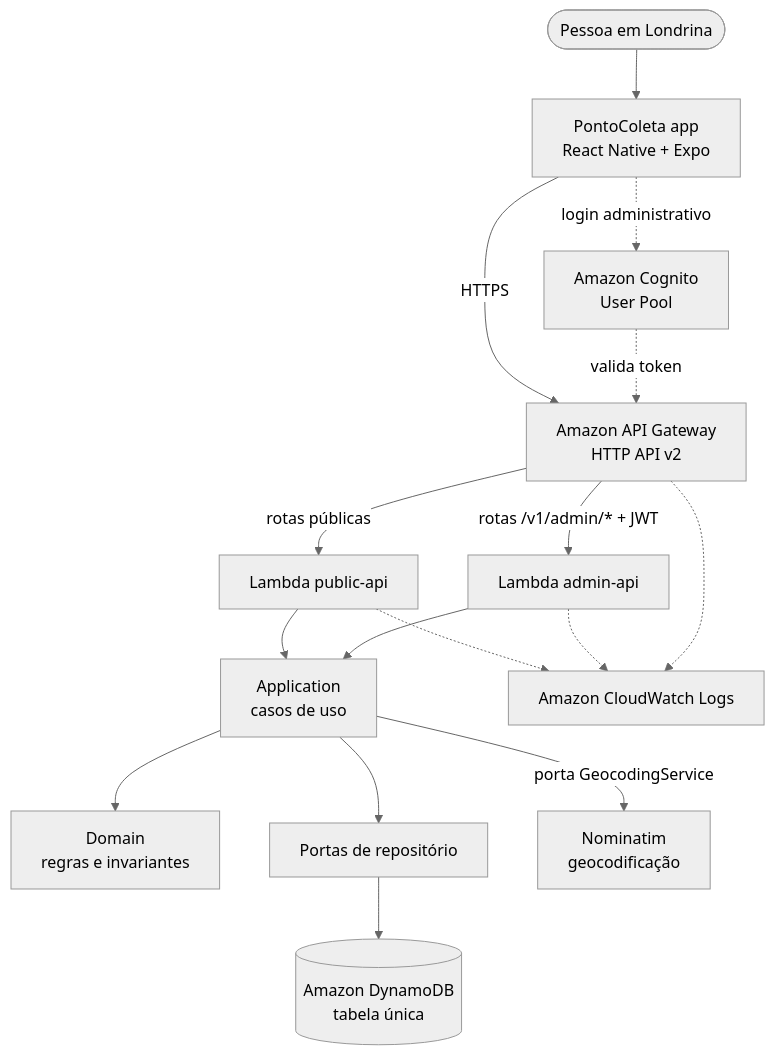
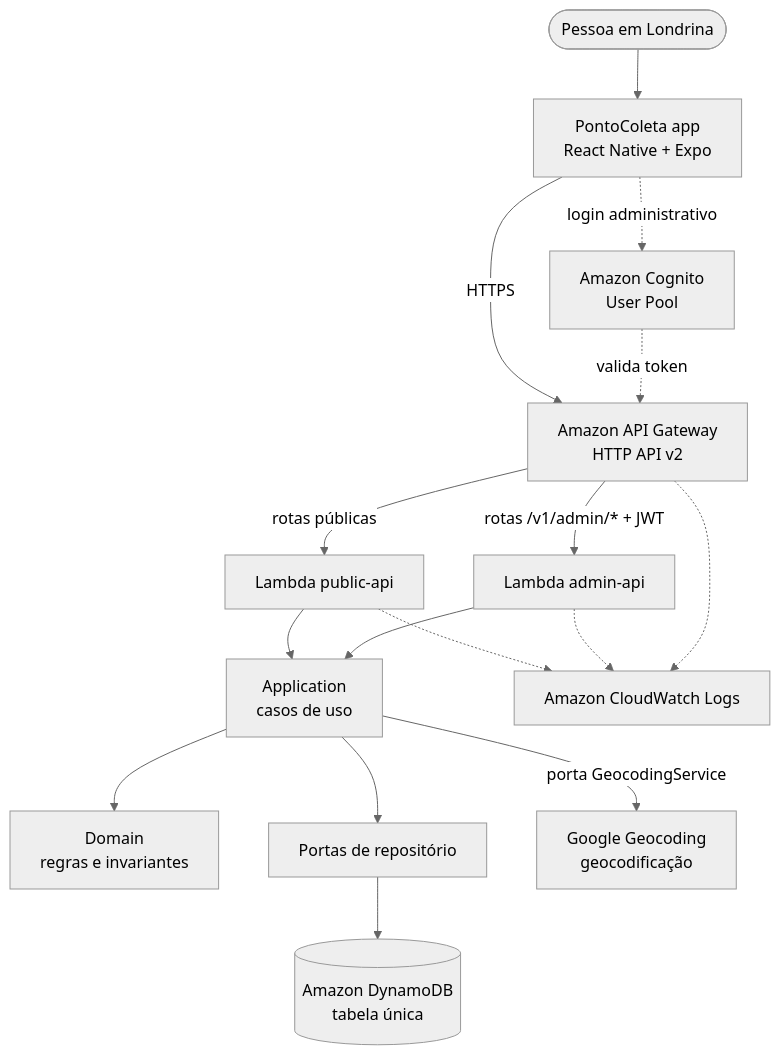
Before and after one commit to Sagan42/PontoColetaApp: the first of 4 diagrams in docs/architecture.md, drawn with Mermaid (neutral theme). The commit also changed other lines of this file and 13 other files, not shown here.

````diff
--- a/docs/architecture.md
+++ b/docs/architecture.md
@@ -7,31 +7,31 @@
 ```mermaid
 flowchart TD
     U([Pessoa em Londrina])
     A["PontoColeta app<br/>React Native + Expo"]
     G["Amazon API Gateway<br/>HTTP API v2"]
     C["Amazon Cognito<br/>User Pool"]
     LP["Lambda public-api"]
     LA["Lambda admin-api"]
     APP["Application<br/>casos de uso"]
     DOM["Domain<br/>regras e invariantes"]
     REPO["Portas de repositório"]
     DB[("Amazon DynamoDB<br/>tabela única")]
-    GEO["Nominatim<br/>geocodificação"]
+    GEO["Google Geocoding<br/>geocodificação"]
     CW["Amazon CloudWatch Logs"]
 
     U --> A
     A -->|"HTTPS"| G
     A -.->|"login administrativo"| C
     G -->|"rotas públicas"| LP
     G -->|"rotas /v1/admin/* + JWT"| LA
     C -.->|"valida token"| G
     LP --> APP
     LA --> APP
     APP --> DOM
     APP --> REPO
     REPO --> DB
     APP -->|"porta GeocodingService"| GEO
     LP -.-> CW
     LA -.-> CW
     G -.-> CW
 ```
````
